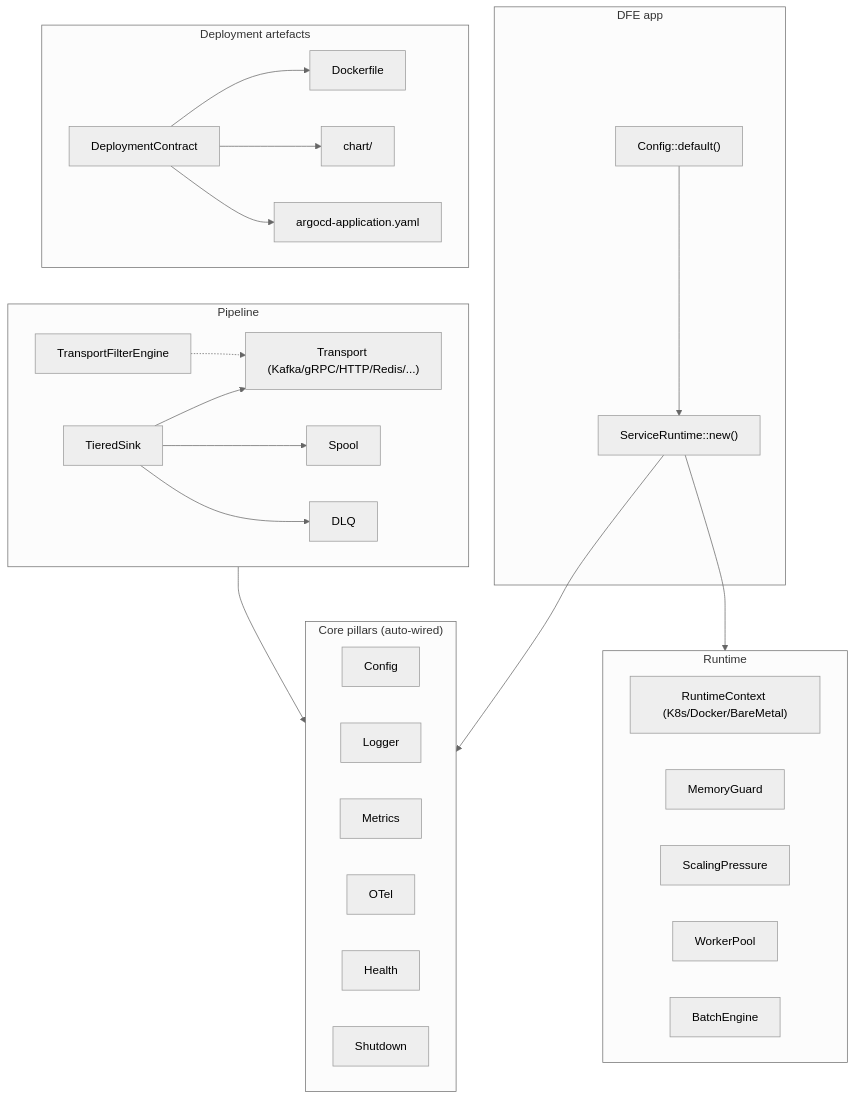
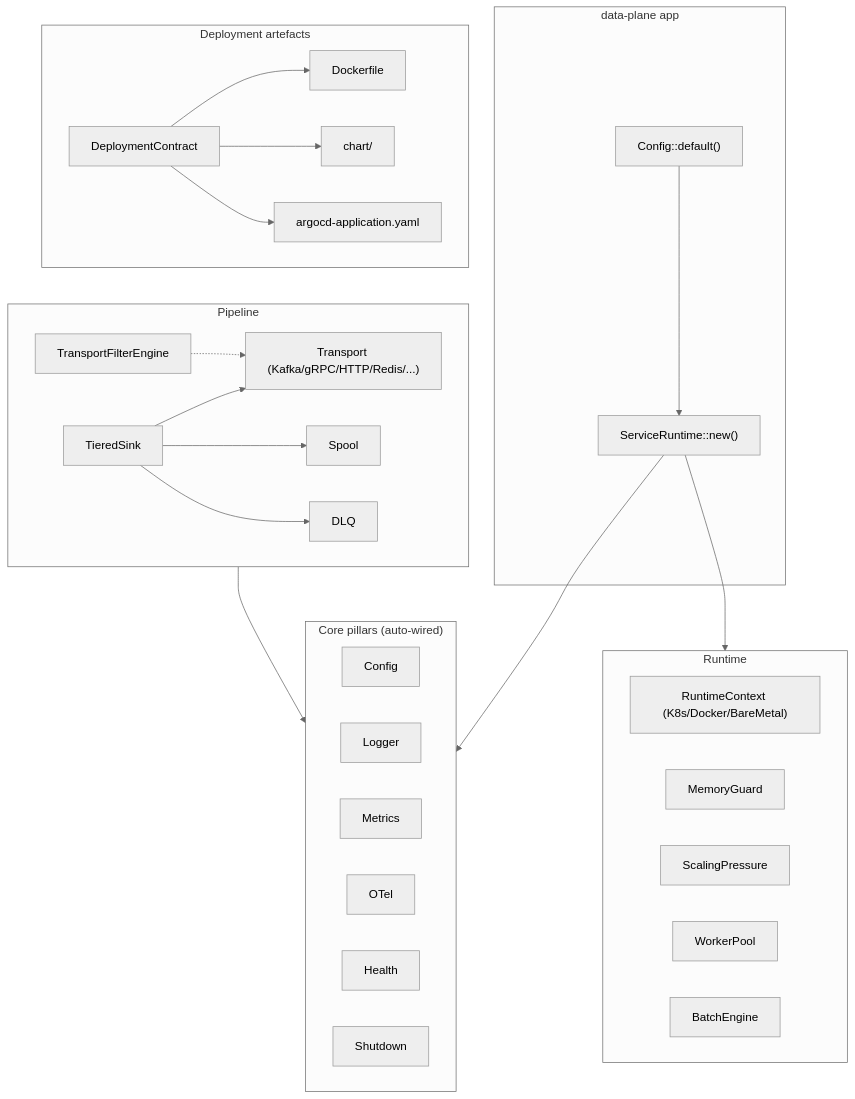
Before and after one commit to hyperi-io/scalo-rs: the diagram in docs/README.md, drawn with Mermaid (neutral theme). The commit also changed other lines of this file and 67 other files, not shown here.

Commit message:
docs: de-brand HyperI/DFE prose to data-plane

````diff
--- a/docs/README.md
+++ b/docs/README.md
@@ -36,49 +36,49 @@
 ```mermaid
 flowchart TB
-    subgraph App["DFE app"]
+    subgraph App["data-plane app"]
         Cfg["Config::default()"] --> SR["ServiceRuntime::new()"]
     end
 
     subgraph Pillars["Core pillars (auto-wired)"]
         Config
         Logger
         Metrics
         OTel
         Health
         Shutdown
     end
 
     subgraph Runtime["Runtime"]
         RC["RuntimeContext (K8s/Docker/BareMetal)"]
         MG["MemoryGuard"]
         SP["ScalingPressure"]
         WP["WorkerPool"]
         BE["BatchEngine"]
     end
 
     subgraph Pipeline["Pipeline"]
         T["Transport (Kafka/gRPC/HTTP/Redis/...)"]
         TF["TransportFilterEngine"]
         TS["TieredSink"]
         SPL["Spool"]
         DLQ
     end
 
     subgraph Deploy["Deployment artefacts"]
         DC["DeploymentContract"]
         DF["Dockerfile"]
         CH["chart/"]
         AC["argocd-application.yaml"]
     end
 
     SR --> Pillars
     SR --> Runtime
     Pipeline --> Pillars
     TF -.-> T
     TS --> T
     TS --> SPL
     TS --> DLQ
     DC --> DF
     DC --> CH
     DC --> AC
 ```
````
